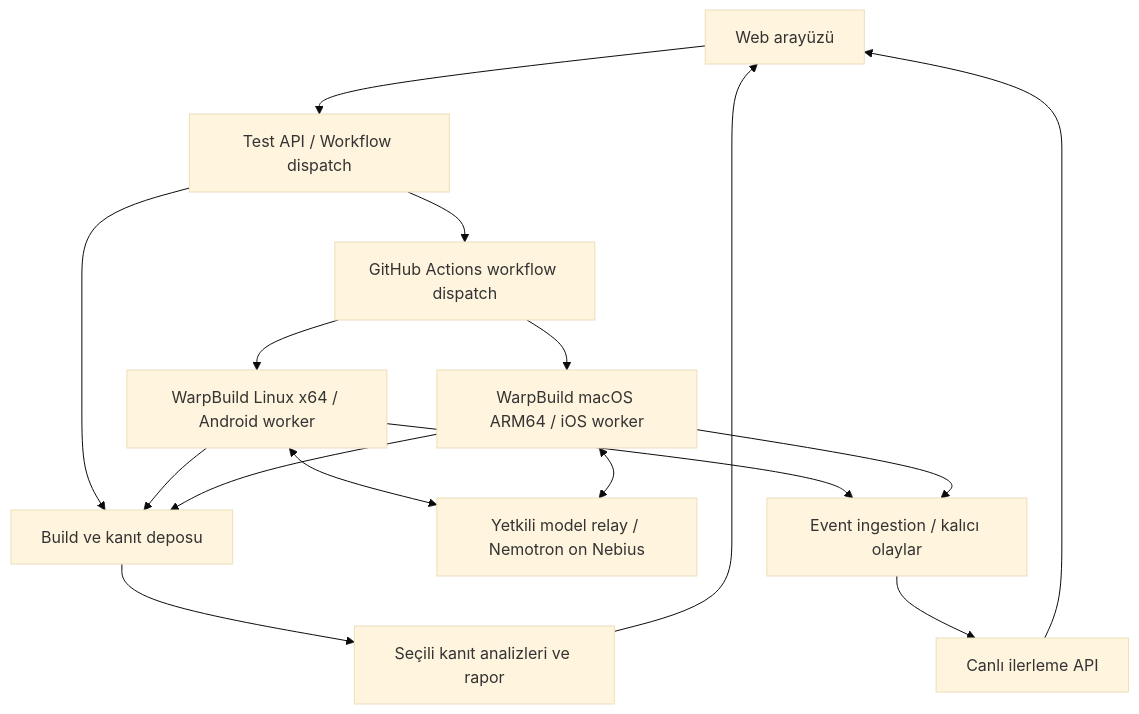
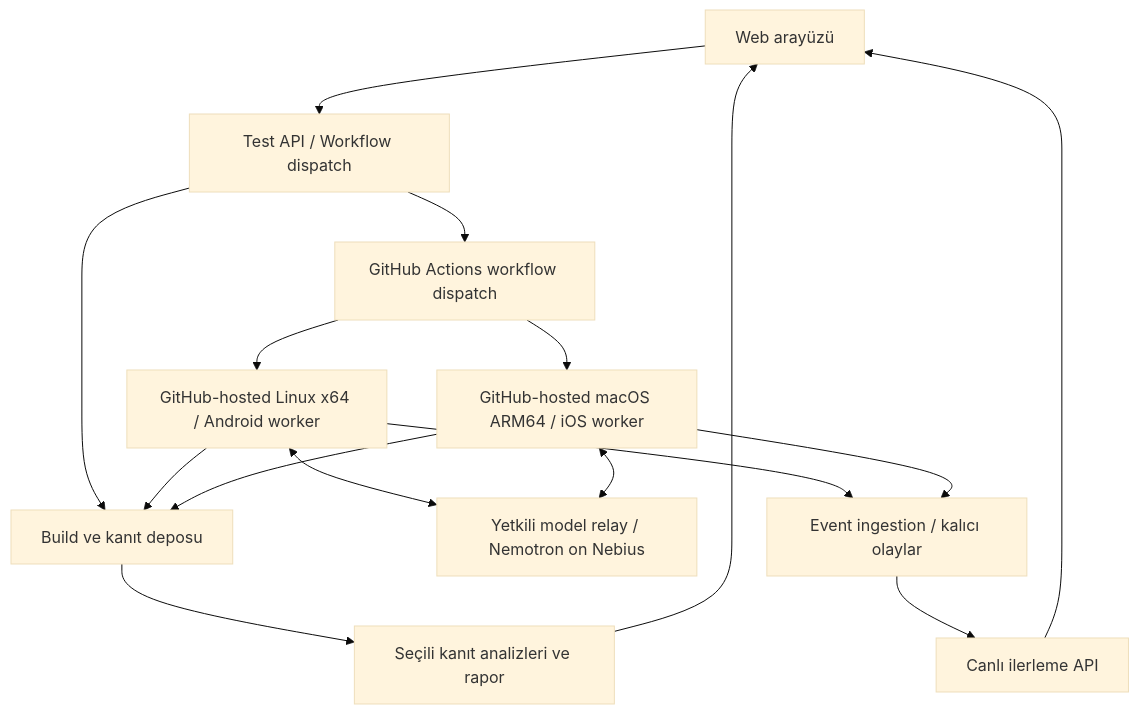
The second of 2 diagrams in docs/01-product-scope-draft.md (OzzyD07/TapScout), drawn with Mermaid (base theme) before and after one commit. The commit also changed other lines of this file and 5 other files, not shown here.

First line of the commit message:
docs: run device jobs on GitHub-hosted runners instead of WarpBuild

````diff
--- a/docs/01-product-scope-draft.md
+++ b/docs/01-product-scope-draft.md
@@ -82,18 +82,18 @@
 ```mermaid
 flowchart TD
     U[Web arayüzü] --> O[Test API / Workflow dispatch]
     O --> S[Build ve kanıt deposu]
     O --> G[GitHub Actions workflow dispatch]
-    G --> A[WarpBuild Linux x64 / Android worker]
-    G --> I[WarpBuild macOS ARM64 / iOS worker]
+    G --> A[GitHub-hosted Linux x64 / Android worker]
+    G --> I[GitHub-hosted macOS ARM64 / iOS worker]
     A <--> B[Yetkili model relay / Nemotron on Nebius]
     I <--> B
     A --> S
     I --> S
     A --> E[Event ingestion / kalıcı olaylar]
     I --> E
     E --> L[Canlı ilerleme API]
     L --> U
     S --> N[Seçili kanıt analizleri ve rapor]
     N --> U
 ```
````
